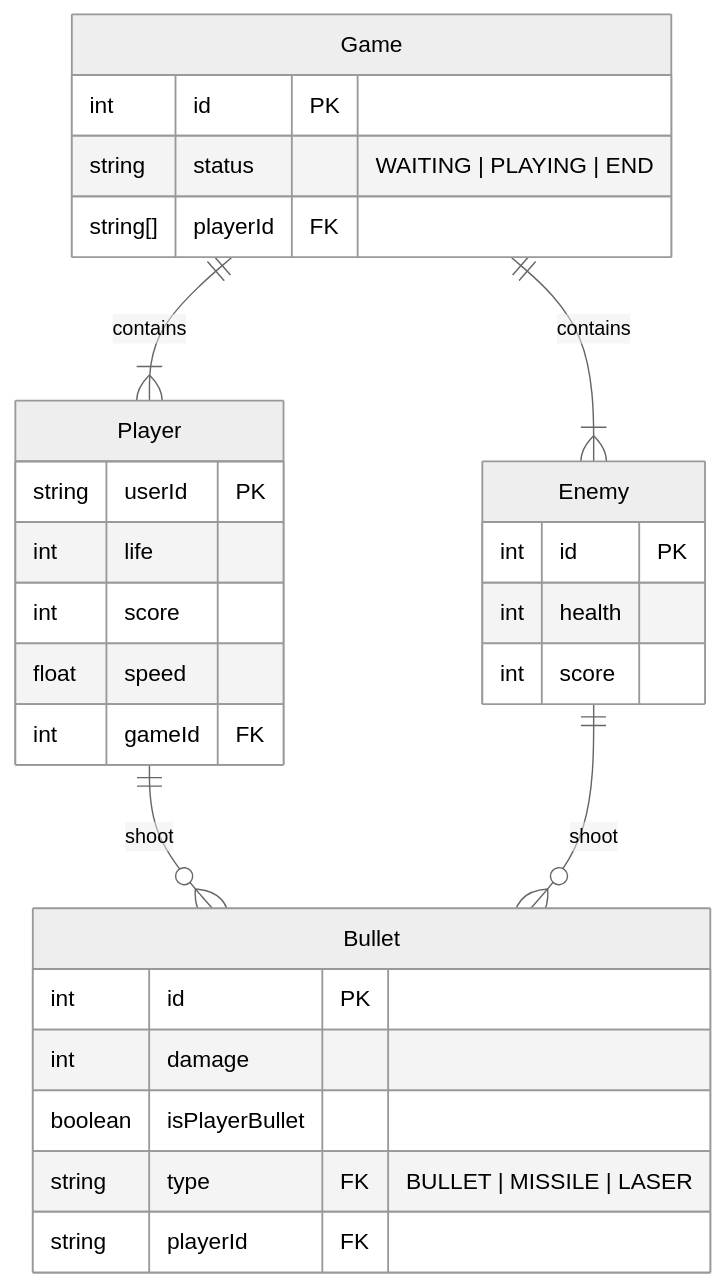
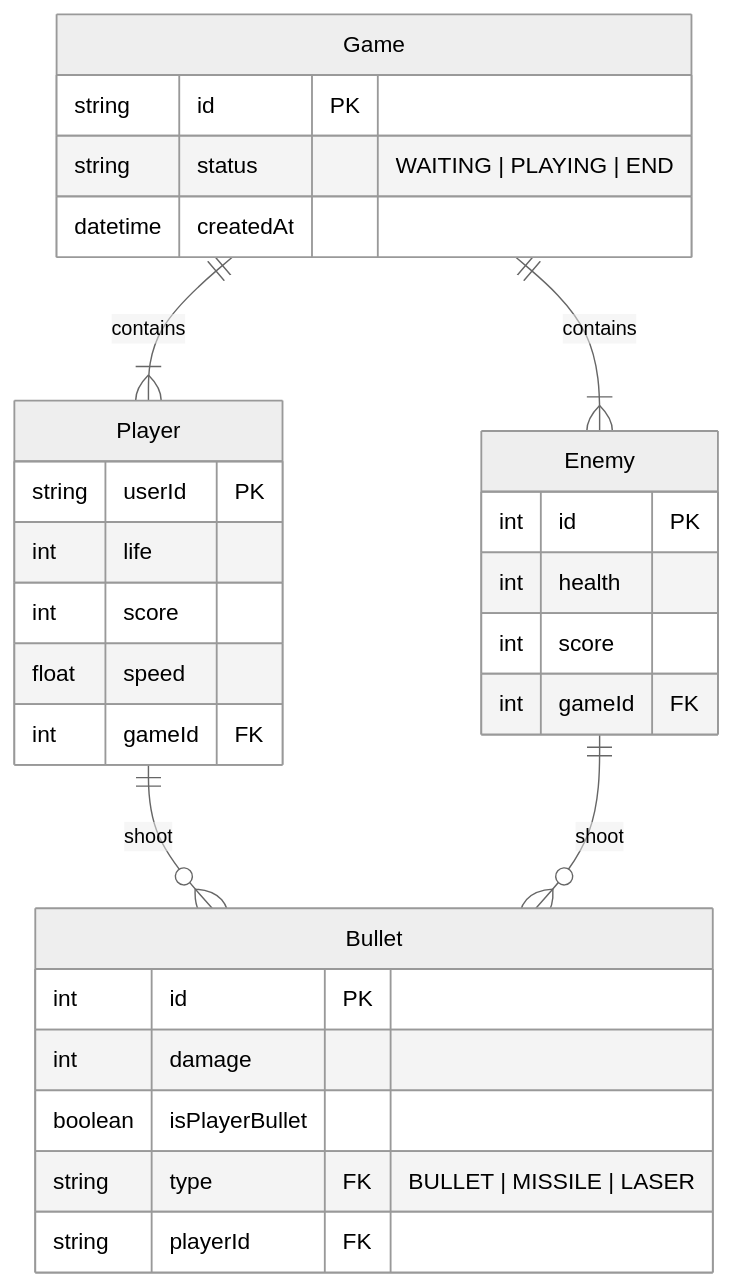
The diagram in README.md (kervint1/gradius), drawn with Mermaid (neutral theme) before and after one commit. The commit also changed 10 other files, not shown here.

````diff
--- a/README.md
+++ b/README.md
@@ -7,32 +7,33 @@
 ```mermaid
 erDiagram
     Game {
-        int id PK
+        string id PK
         string status "WAITING | PLAYING | END"
-        string[] playerId FK
+        datetime createdAt
     }
     Player {
         string userId PK
         int life
         int score
         float speed
         int gameId FK
     }
     Bullet {
         int id PK
         int damage
         boolean isPlayerBullet
         string type FK "BULLET | MISSILE | LASER"
         string playerId FK
     }
     Enemy {
         int id PK
         int health
         int score
+        int gameId FK
     }
 
     Game ||--|{ Player : "contains"
     Game ||--|{ Enemy: "contains"
     Player ||--o{ Bullet: "shoot"
     Enemy ||--o{ Bullet: "shoot"
 ```
````
